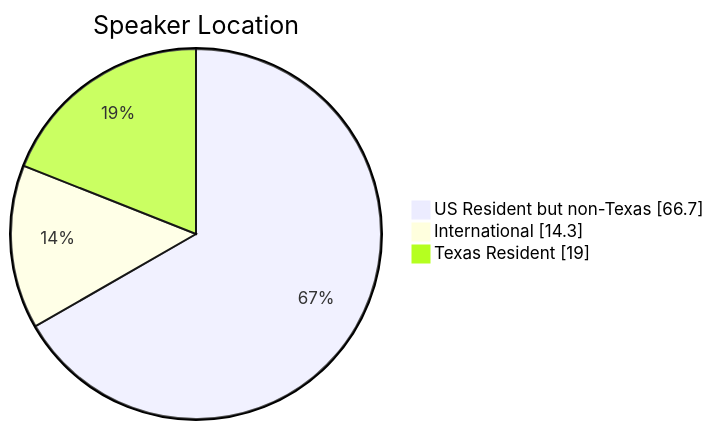
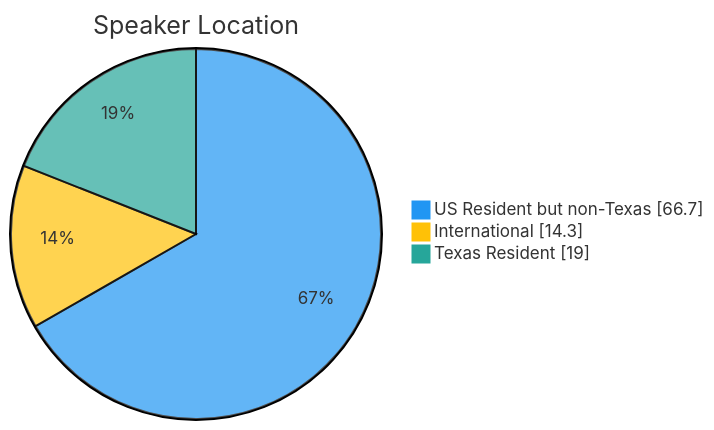
The eighth of 8 diagrams in docs/blog/posts/2025-conference-recap.md (pytexas/pytexas.github.io), drawn with Mermaid before and after one commit.

Commit message:
adding missing style for pie chart

````diff
--- a/docs/blog/posts/2025-conference-recap.md
+++ b/docs/blog/posts/2025-conference-recap.md
@@ -319,7 +319,8 @@
 ```mermaid
 pie showData
+%%{init: {'theme': 'base', 'themeVariables': { 'pie1': '#2196F3', 'pie2': '#FFC107', 'pie3': '#26A69A', 'pie4': '#FB8C00', 'pie5': '#5C6BC0', 'pie6': '#039BE5', 'pie7': '#FF7043'}}}%%
     title Speaker Location
     "US Resident but non-Texas": 66.7
     "International": 14.3
     "Texas Resident": 19
 ```
````
